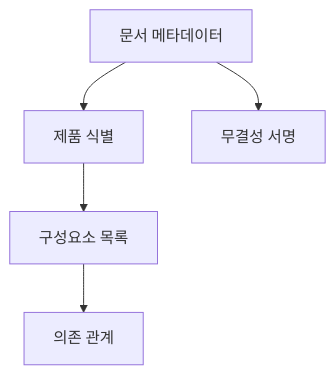
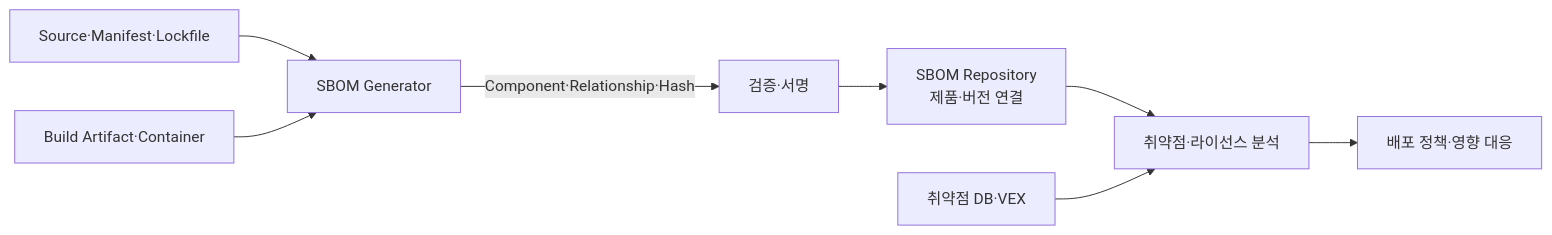
Before and after one commit to agnusdei1207/knowledge-base: the first of 2 diagrams in src/content/docs/notes/03-software/183_sbom.md, drawn with Mermaid. The commit also changed other lines of this file and 12 other files, not shown here.

````diff
--- a/src/content/docs/notes/03-software/183_sbom.md
+++ b/src/content/docs/notes/03-software/183_sbom.md
@@ -54,7 +59,10 @@
 ```mermaid
-flowchart TB
-    M["문서 메타데이터"] --> P["제품 식별"]
-    P --> C["구성요소 목록"]
-    C --> R["의존 관계"]
-    M --> S["무결성 서명"]
+flowchart LR
+    S["Source·Manifest·Lockfile"] --> G["SBOM Generator"]
+    B["Build Artifact·Container"] --> G
+    G -->|"Component·Relationship·Hash"| V["검증·서명"]
+    V --> R["SBOM Repository<br/>제품·버전 연결"]
+    R --> A["취약점·라이선스 분석"]
+    D["취약점 DB·VEX"] --> A
+    A --> P["배포 정책·영향 대응"]
 ```
````
